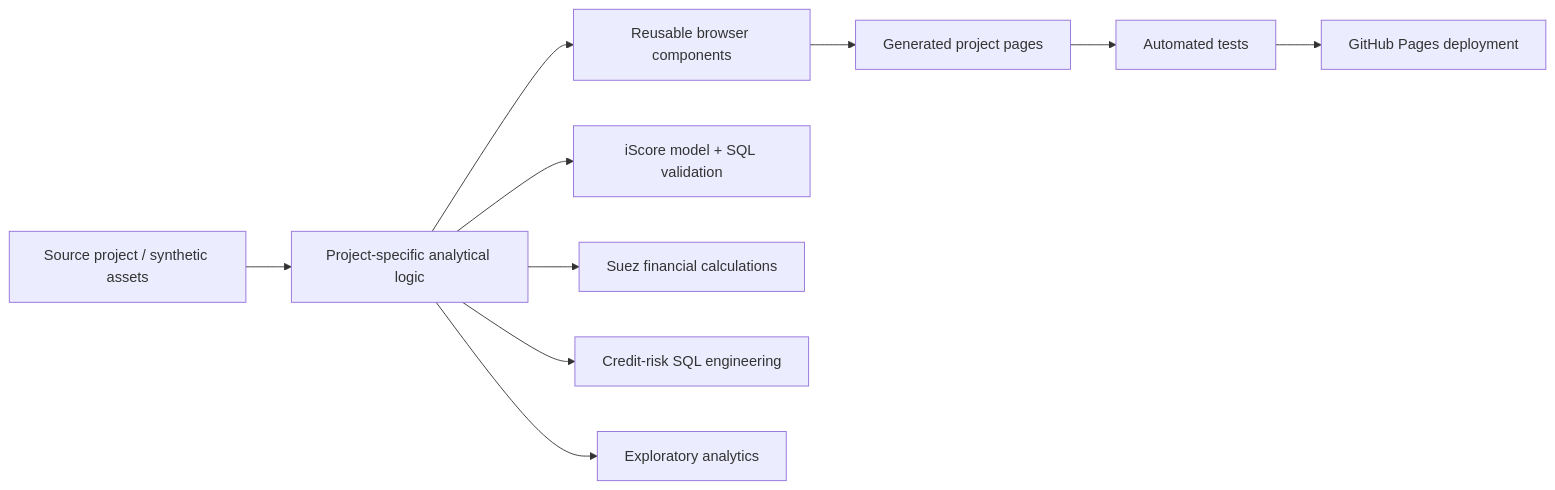
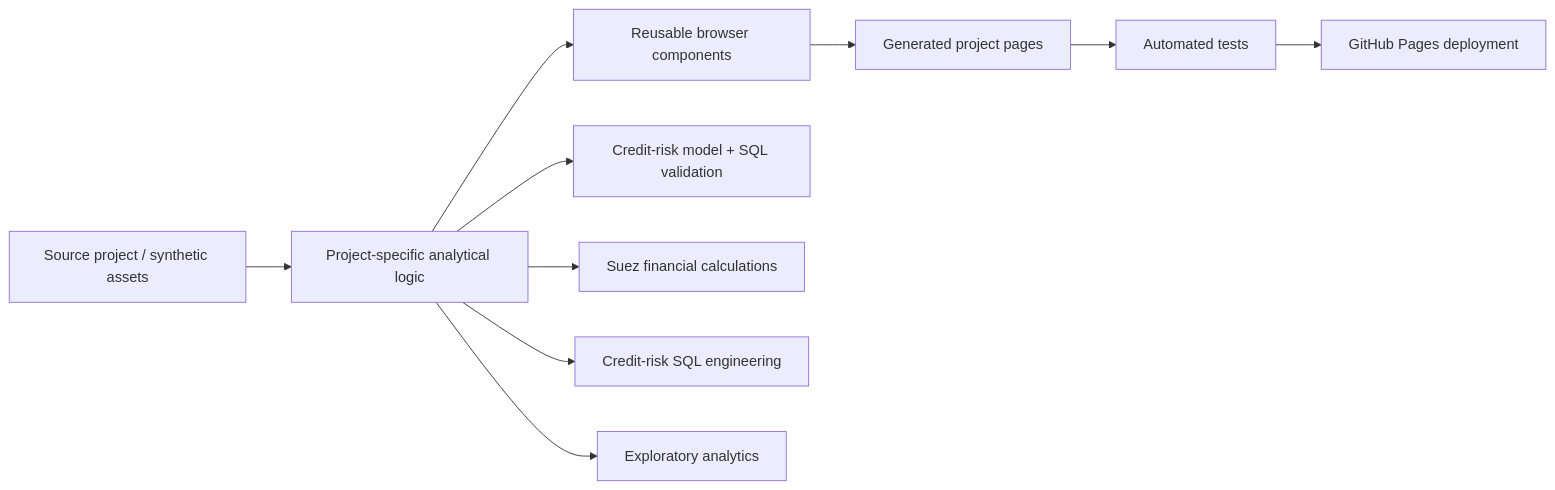
Before and after one commit to mrwanahmedx/data-observatory: the diagram in README.md, drawn with Mermaid. The commit also changed other lines of this file, not shown here.

Commit message:
De-brand synthetic credit lab in README.md

````diff
--- a/README.md
+++ b/README.md
@@ -19,13 +19,13 @@
 ```mermaid
 flowchart LR
     A[Source project / synthetic assets] --> B[Project-specific analytical logic]
     B --> C[Reusable browser components]
     C --> D[Generated project pages]
     D --> E[Automated tests]
     E --> F[GitHub Pages deployment]
 
-    B --> G[iScore model + SQL validation]
+    B --> G[Credit-risk model + SQL validation]
     B --> H[Suez financial calculations]
     B --> I[Credit-risk SQL engineering]
     B --> J[Exploratory analytics]
 ```
````
